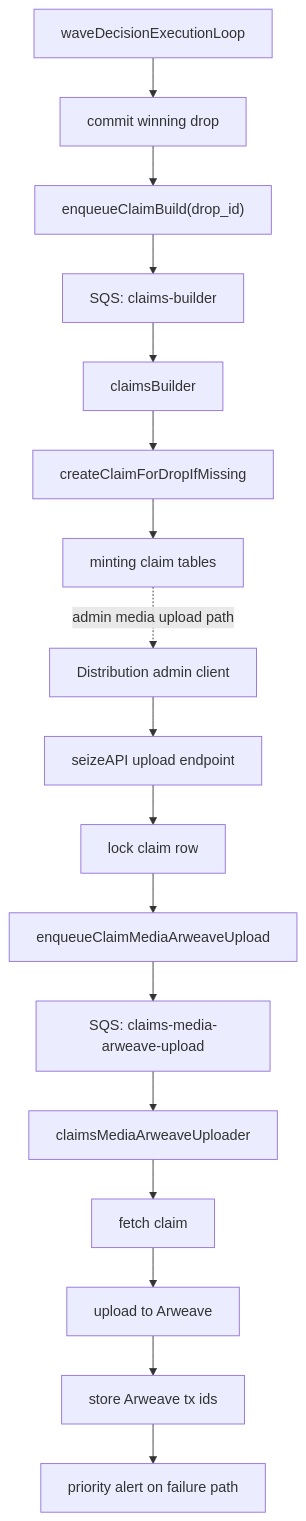
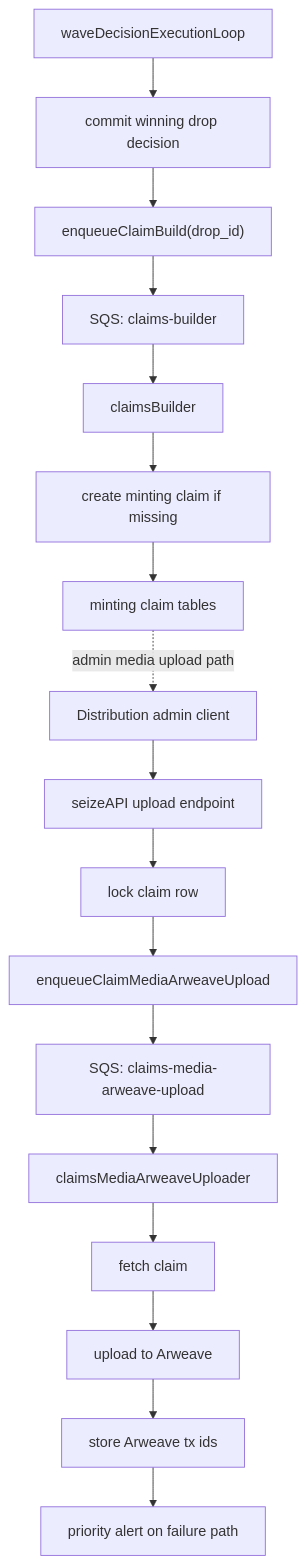
One commit to 6529-Collections/6529seize-backend changed the second of 2 diagrams in docs/architecture.md. Above: the diagram before and after it, drawn with Mermaid. The commit also changed other lines of this file, not shown here.

````diff
--- a/docs/architecture.md
+++ b/docs/architecture.md
@@ -229,21 +229,21 @@
 ```mermaid
 %%{init: {"flowchart": {"nodeSpacing": 24, "rankSpacing": 44, "curve": "basis"}} }%%
 flowchart TD
-  WaveDecision["waveDecisionExecutionLoop"] --> DecisionTx["commit winning drop"]
+  WaveDecision["waveDecisionExecutionLoop"] --> DecisionTx["commit winning drop decision"]
   DecisionTx --> ClaimBuildPublisher["enqueueClaimBuild(drop_id)"]
   ClaimBuildPublisher --> ClaimsBuilderSqs["SQS: claims-builder"]
   ClaimsBuilderSqs --> ClaimsBuilder["claimsBuilder"]
-  ClaimsBuilder --> MintingClaimsService["createClaimForDropIfMissing"]
+  ClaimsBuilder --> MintingClaimsService["create minting claim if missing"]
   MintingClaimsService --> MintingClaimsTable["minting claim tables"]
 
   MintingClaimsTable -. "admin media upload path" .-> AdminClient["Distribution admin client"]
   AdminClient --> UploadEndpoint["seizeAPI upload endpoint"]
   UploadEndpoint --> UploadLock["lock claim row"]
   UploadLock --> MediaPublisher["enqueueClaimMediaArweaveUpload"]
   MediaPublisher --> MediaSqs["SQS: claims-media-arweave-upload"]
   MediaSqs --> MediaUploader["claimsMediaArweaveUploader"]
   MediaUploader --> FetchClaim["fetch claim"]
   FetchClaim --> ArweaveUpload["upload to Arweave"]
   ArweaveUpload --> UpdateClaim["store Arweave tx ids"]
   UpdateClaim --> PriorityAlert["priority alert on failure path"]
 ```
````
